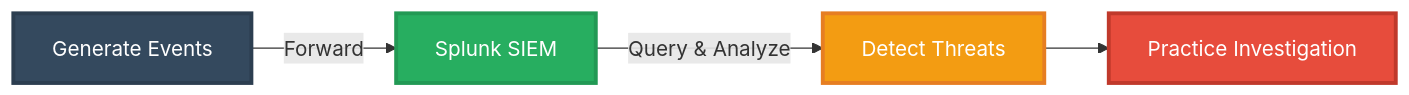
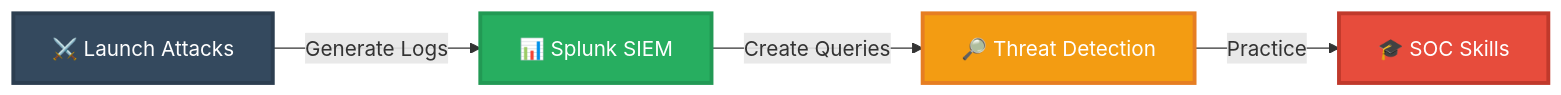
One commit to 0xMart/Homelab-SOC changed the diagram in README.md. Above: the diagram before and after it, drawn with Mermaid.

````diff
--- a/README.md
+++ b/README.md
@@ -5,11 +5,11 @@
 ```mermaid
 flowchart LR
-    A[Generate Events] -->|Forward| B[Splunk SIEM]
-    B -->|Query & Analyze| C[Detect Threats]
-    C --> D[Practice Investigation]
+    A["⚔️ Launch Attacks"] -->|Generate Logs| B["📊 Splunk SIEM"]
+    B -->|Create Queries| C["🔎 Threat Detection"]
+    C -->|Practice| D["🎓 SOC Skills"]
     
     style A fill:#34495e,stroke:#2c3e50,stroke-width:3px,color:#fff
     style B fill:#27ae60,stroke:#229954,stroke-width:3px,color:#fff
     style C fill:#f39c12,stroke:#e67e22,stroke-width:3px,color:#fff
     style D fill:#e74c3c,stroke:#c0392b,stroke-width:3px,color:#fff
 ```
````
